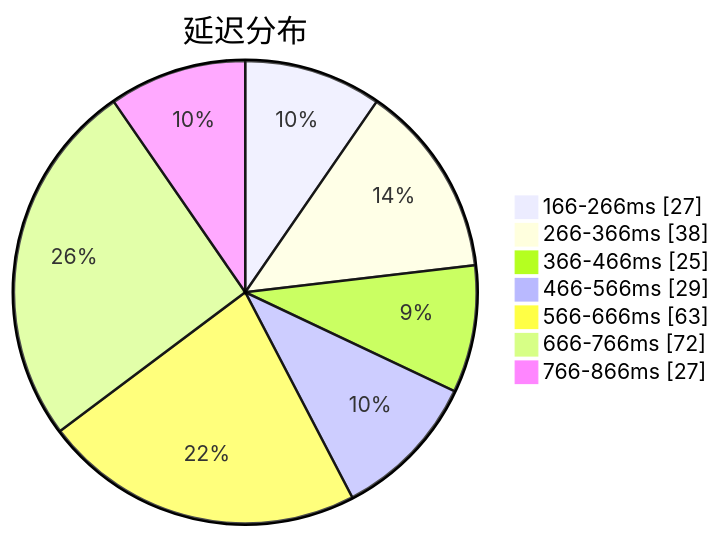
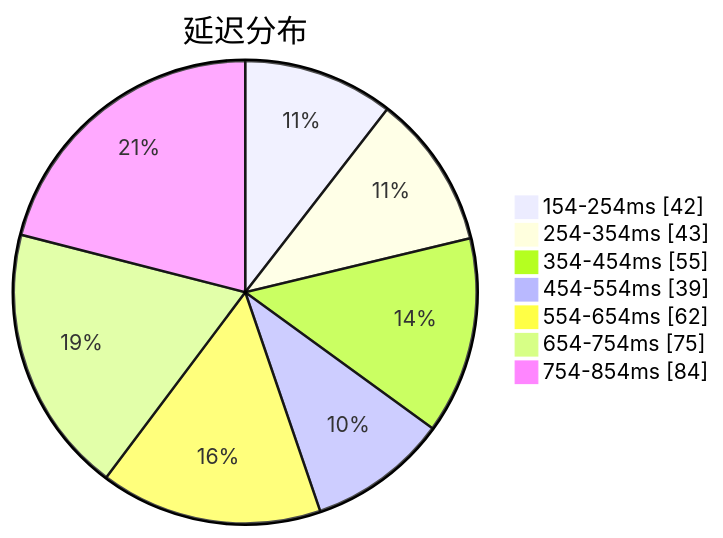
The first of 3 diagrams in subs/statistics/tested_within.md (qjlxg/airport), drawn with Mermaid before and after one commit. The commit also changed other lines of this file and 2 other files, not shown here.

````diff
--- a/subs/statistics/tested_within.md
+++ b/subs/statistics/tested_within.md
@@ -2,11 +2,11 @@
 ```mermaid
 pie showData
 title 延迟分布
-"166-266ms" : 27
-"266-366ms" : 38
-"366-466ms" : 25
-"466-566ms" : 29
-"566-666ms" : 63
-"666-766ms" : 72
-"766-866ms" : 27
+"154-254ms" : 42
+"254-354ms" : 43
+"354-454ms" : 55
+"454-554ms" : 39
+"554-654ms" : 62
+"654-754ms" : 75
+"754-854ms" : 84
 ```
````
